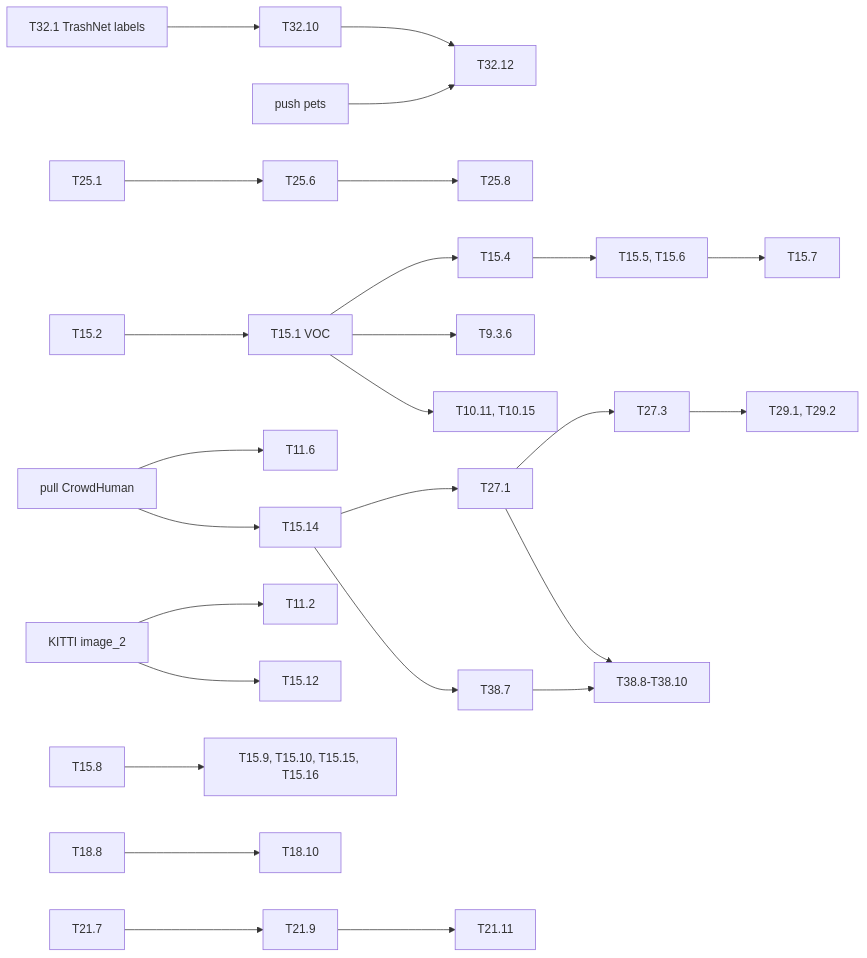
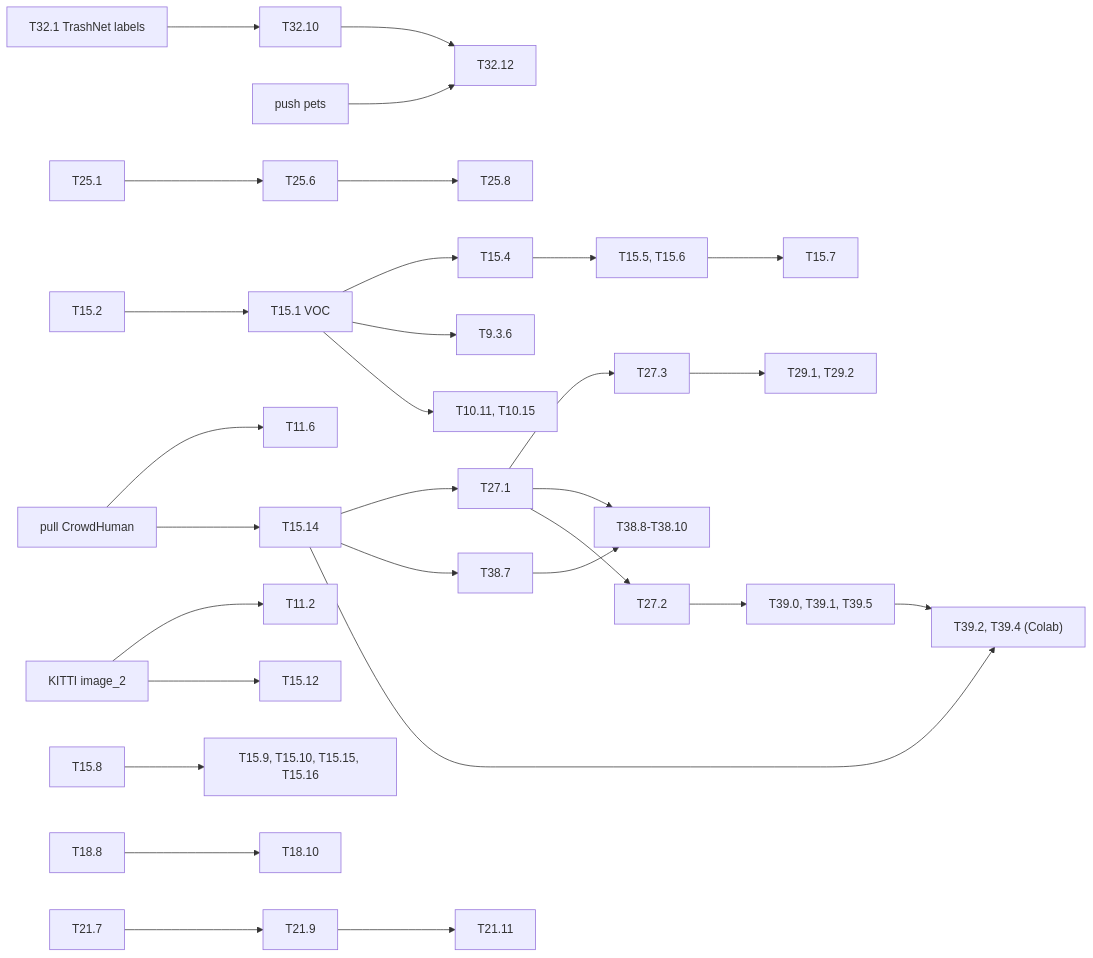
One commit to lrivals/EmbeddedComputervision changed the diagram in docs/tasks/long-runs.md. Above: the diagram before and after it, drawn with Mermaid. The commit also changed other lines of this file and 25 other files, not shown here.

````diff
--- a/docs/tasks/long-runs.md
+++ b/docs/tasks/long-runs.md
@@ -166,16 +171,18 @@
 ```mermaid
 graph LR
   T321["T32.1 TrashNet labels"] --> T3210[T32.10] --> T3212[T32.12]
   PETS["push pets"] --> T3212
   CH["pull CrowdHuman"] --> T116[T11.6] & T1514[T15.14]
   T1514 --> T271[T27.1] --> T273[T27.3] --> T29["T29.1, T29.2"]
   T251[T25.1] --> T256[T25.6] --> T258[T25.8]
   KITTI["KITTI image_2"] --> T112[T11.2] & T1512[T15.12]
   T152[T15.2] --> T151["T15.1 VOC"] --> T154[T15.4] --> T155["T15.5, T15.6"] --> T157[T15.7]
   T151 --> T936[T9.3.6] & T1011["T10.11, T10.15"]
   T158[T15.8] --> T159["T15.9, T15.10, T15.15, T15.16"]
   T188[T18.8] --> T1810[T18.10]
   T217[T21.7] --> T219[T21.9] --> T2111[T21.11]
   T1514 --> T387[T38.7] --> T388["T38.8-T38.10"]
   T271 --> T388
+  T271 --> T272[T27.2] --> T39["T39.0, T39.1, T39.5"] --> T392["T39.2, T39.4 (Colab)"]
+  T1514 --> T392
 ```
````
